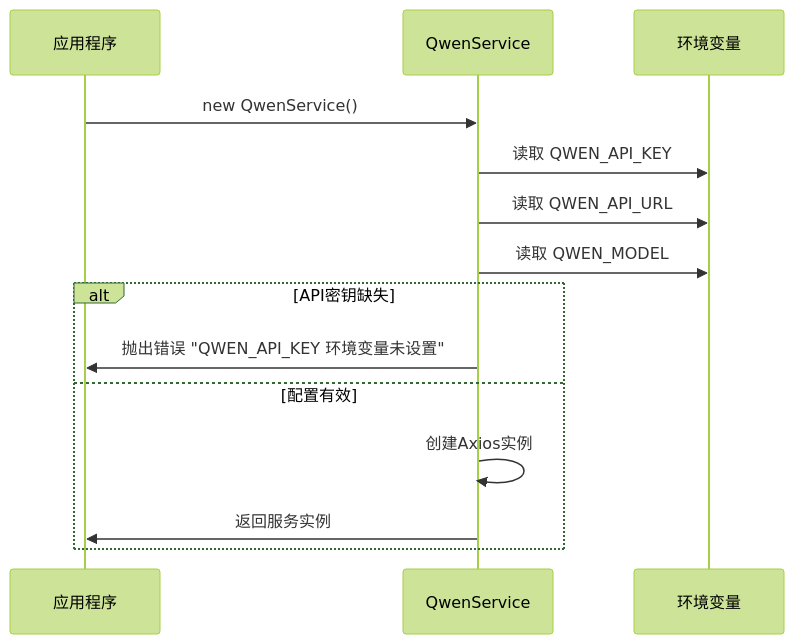
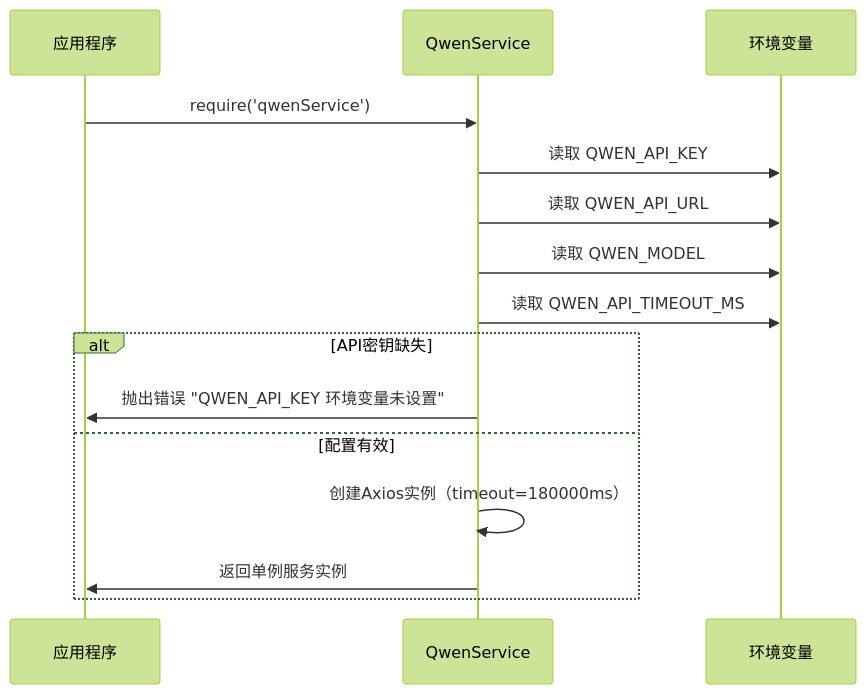
The second of 5 diagrams in wiki/后端架构/外部集成/通义千问AI集成.md (xingranya/CervixDetectAI), drawn with Mermaid (forest theme) before and after one commit. The commit also changed other lines of this file and 35 other files, not shown here.

First line of the commit message:
docs(readme): 优化并统一项目文档中的流程图与说明

````diff
--- a/wiki/后端架构/外部集成/通义千问AI集成.md
+++ b/wiki/后端架构/外部集成/通义千问AI集成.md
@@ -80,16 +91,17 @@
 ```mermaid
 sequenceDiagram
 participant App as 应用程序
 participant QwenService as QwenService
 participant Env as 环境变量
-App->>QwenService : new QwenService()
+App->>QwenService : require('qwenService')
 QwenService->>Env : 读取 QWEN_API_KEY
 QwenService->>Env : 读取 QWEN_API_URL
 QwenService->>Env : 读取 QWEN_MODEL
+QwenService->>Env : 读取 QWEN_API_TIMEOUT_MS
 alt API密钥缺失
 QwenService->>App : 抛出错误 "QWEN_API_KEY 环境变量未设置"
 else 配置有效
-QwenService->>QwenService : 创建Axios实例
-QwenService->>App : 返回服务实例
+QwenService->>QwenService : 创建Axios实例（timeout=180000ms）
+QwenService->>App : 返回单例服务实例
 end
 ```
````
